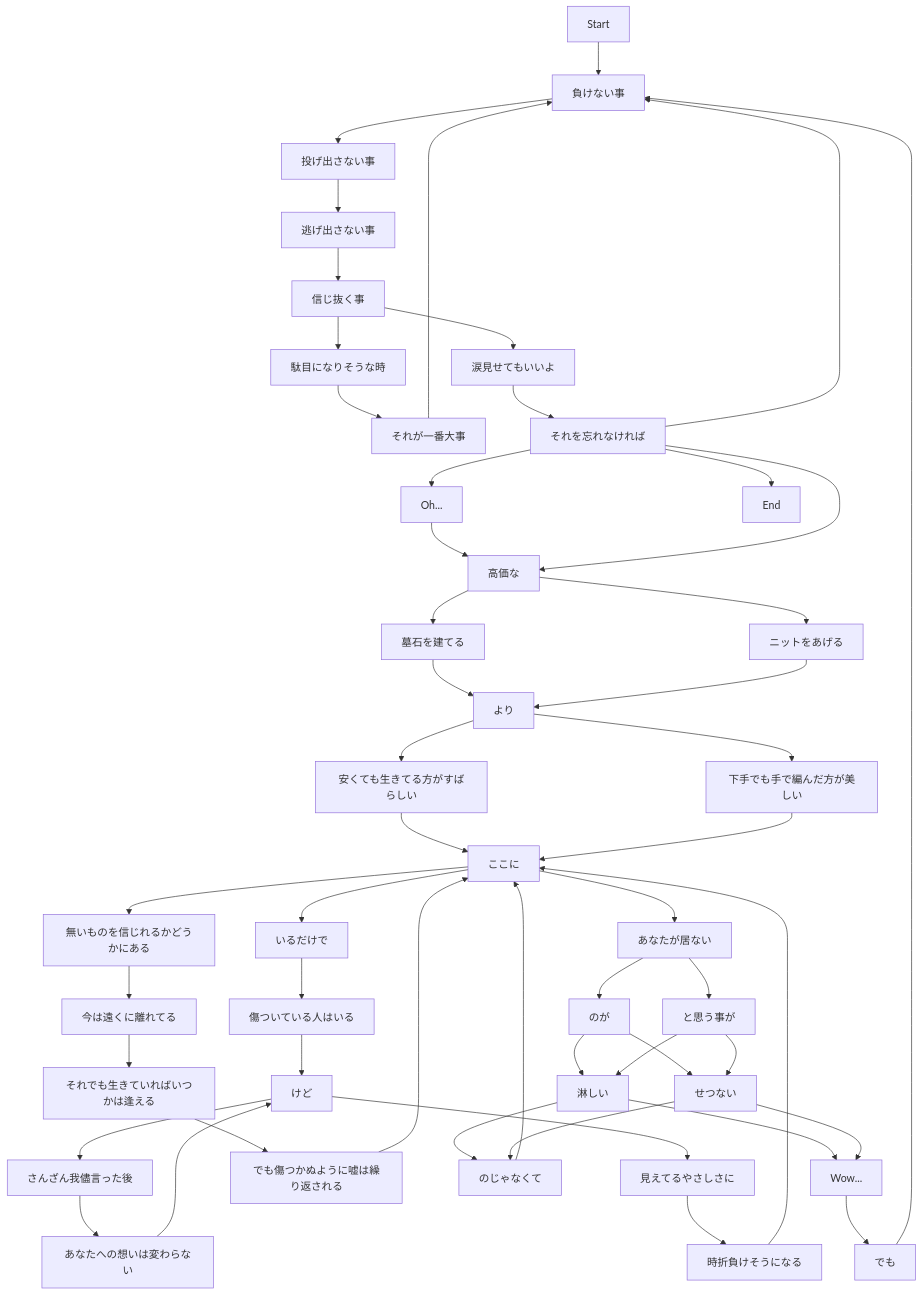
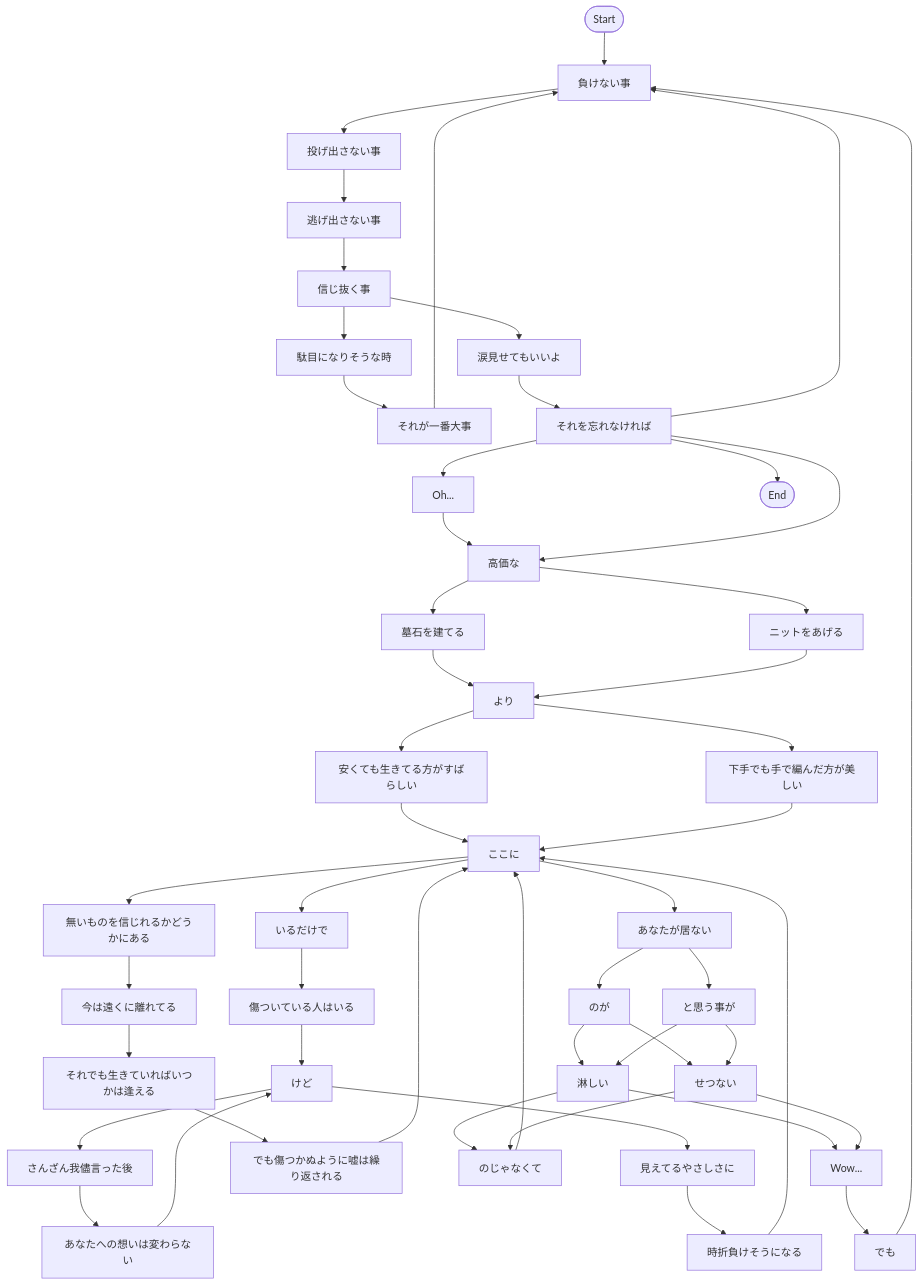
One commit to danishi/soregadaiji-flowchart changed the diagram in README.md. Above: the diagram before and after it, drawn with Mermaid.

Commit message:
fix start end

````diff
--- a/README.md
+++ b/README.md
@@ -6,32 +6,32 @@
 ```mermaid
-    graph TD;
-        Start-->負けない事;
+    graph TB;
+        S([Start])-->負けない事;
             負けない事-->投げ出さない事-->逃げ出さない事-->信じ抜く事;
             信じ抜く事-->駄目になりそうな時-->それが一番大事;
             信じ抜く事-->涙見せてもいいよ-->それを忘れなければ;
         それが一番大事-->負けない事;
         それを忘れなければ-->負けない事;
         それを忘れなければ-->Oh...;
         Oh... -->高価な;
         それを忘れなければ-->高価な;
         高価な-->墓石を建てる-->より-->安くても生きてる方がすばらしい-->ここに;
         高価な-->ニットをあげる-->より-->下手でも手で編んだ方が美しい-->ここに;
             ここに-->いるだけで-->傷ついている人はいる-->けど;
                 けど-->さんざん我儘言った後-->あなたへの想いは変わらない-->けど;
                 けど-->見えてるやさしさに-->時折負けそうになる-->ここに;
             ここに-->無いものを信じれるかどうかにある-->今は遠くに離れてる-->それでも生きていればいつかは逢える-->でも傷つかぬように嘘は繰り返される-->ここに;
             ここに-->あなたが居ない;
                 あなたが居ない-->のが
                     のが-->淋しい
                     のが-->せつない
                 あなたが居ない-->と思う事が
                     と思う事が-->淋しい
                     と思う事が-->せつない
                 淋しい-->のじゃなくて;
                 せつない-->のじゃなくて;
                     のじゃなくて-->ここに;
                 淋しい-->Wow...;
                 せつない-->Wow...;
                     Wow... -->でも-->負けない事;
-        それを忘れなければ-->End;
+        それを忘れなければ-->E([End]);
 ```
````
